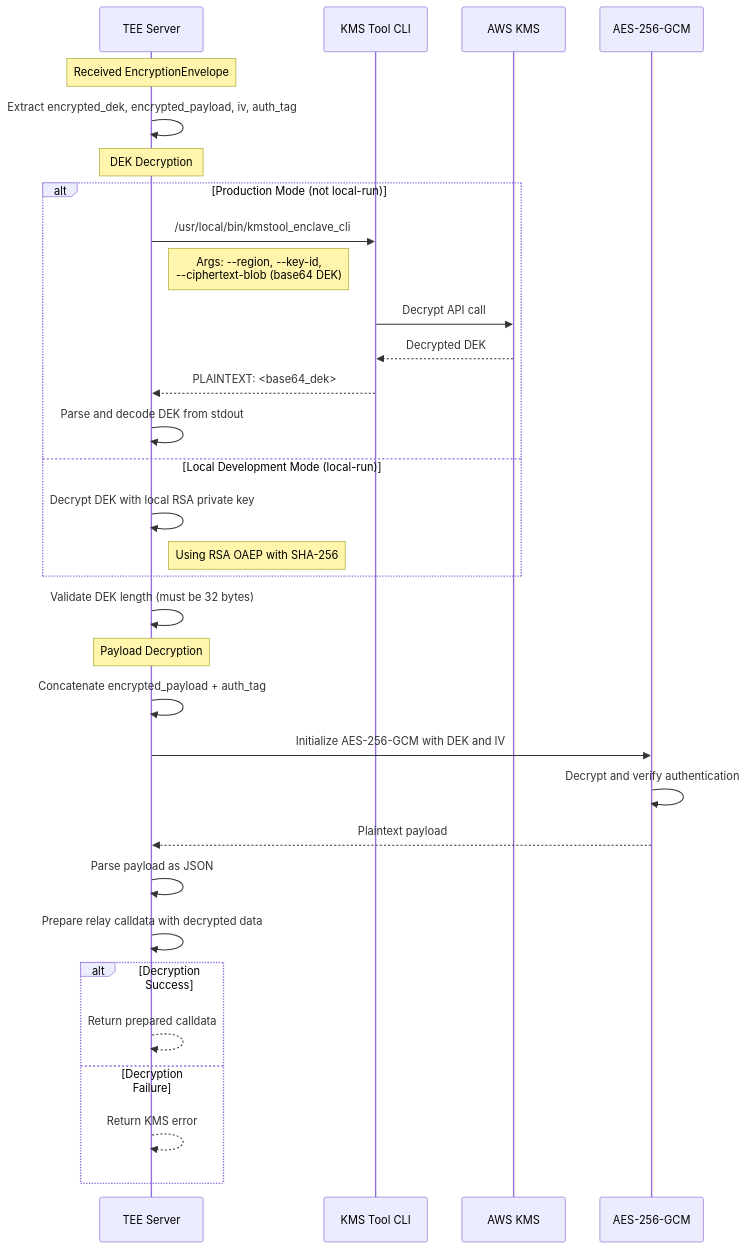
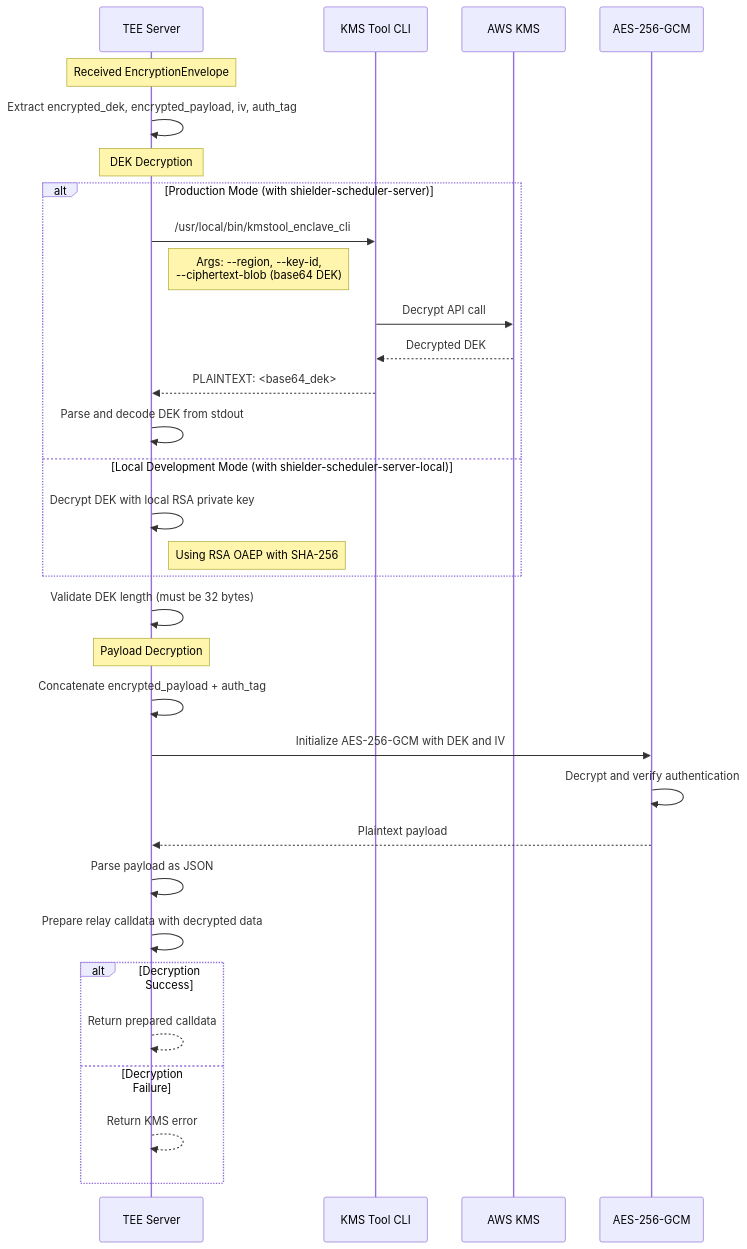
The diagram in crates/shielder-scheduler-server/docs/kms-decryption-flow.md (Cardinal-Cryptography/blanksquare-monorepo), drawn with Mermaid before and after one commit. The commit also changed 27 other files, not shown here.

````diff
--- a/crates/shielder-scheduler-server/docs/kms-decryption-flow.md
+++ b/crates/shielder-scheduler-server/docs/kms-decryption-flow.md
@@ -7,40 +7,40 @@
 ```mermaid
 sequenceDiagram
     participant TEE as TEE Server
     participant KMS_CLI as KMS Tool CLI
     participant KMS as AWS KMS
     participant AES as AES-256-GCM
 
     Note over TEE: Received EncryptionEnvelope
     TEE->>TEE: Extract encrypted_dek, encrypted_payload, iv, auth_tag
 
     Note over TEE: DEK Decryption
-    alt Production Mode (not local-run)
+    alt Production Mode (with shielder-scheduler-server)
         TEE->>KMS_CLI: /usr/local/bin/kmstool_enclave_cli
         Note right of TEE: Args: --region, --key-id,<br/>--ciphertext-blob (base64 DEK)
         KMS_CLI->>KMS: Decrypt API call
         KMS-->>KMS_CLI: Decrypted DEK
         KMS_CLI-->>TEE: PLAINTEXT: <base64_dek>
         TEE->>TEE: Parse and decode DEK from stdout
-    else Local Development Mode (local-run)
+    else Local Development Mode (with shielder-scheduler-server-local)
         TEE->>TEE: Decrypt DEK with local RSA private key
         Note right of TEE: Using RSA OAEP with SHA-256
     end
 
     TEE->>TEE: Validate DEK length (must be 32 bytes)
     
     Note over TEE: Payload Decryption
     TEE->>TEE: Concatenate encrypted_payload + auth_tag
     TEE->>AES: Initialize AES-256-GCM with DEK and IV
     AES->>AES: Decrypt and verify authentication
     AES-->>TEE: Plaintext payload
     
     TEE->>TEE: Parse payload as JSON
     TEE->>TEE: Prepare relay calldata with decrypted data
 
     alt Decryption Success
         TEE-->>TEE: Return prepared calldata
     else Decryption Failure
         TEE-->>TEE: Return KMS error
     end
 ```
````
